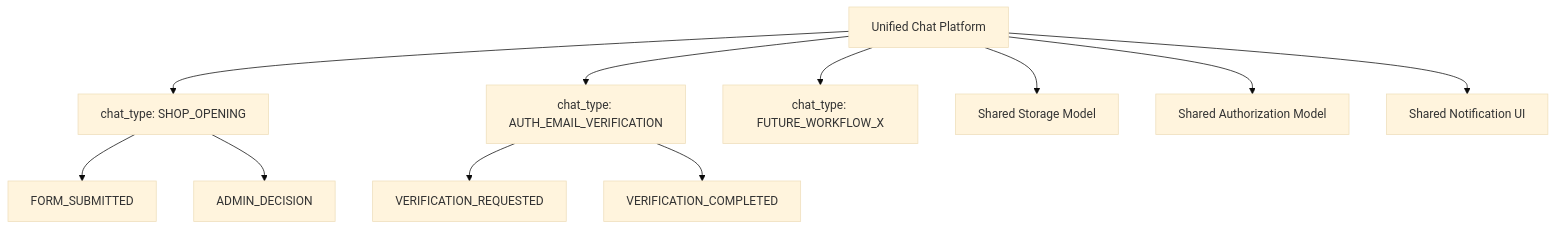
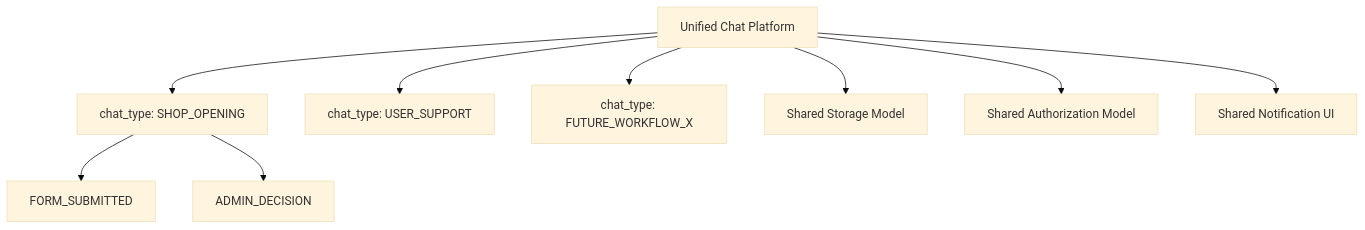
Before and after one commit to yudaiito9124-cyber/meishigawarini: the first of 4 diagrams in documents/SPEC_UNIFIED_CHAT_PLAYBOOK.md, drawn with Mermaid (base theme). The commit also changed other lines of this file and 19 other files, not shown here.

````diff
--- a/documents/SPEC_UNIFIED_CHAT_PLAYBOOK.md
+++ b/documents/SPEC_UNIFIED_CHAT_PLAYBOOK.md
@@ -18,16 +18,13 @@
 ```mermaid
 flowchart TD
       A[Unified Chat Platform] --> B[chat_type: SHOP_OPENING]
-      A --> C[chat_type: AUTH_EMAIL_VERIFICATION]
+      A --> H[chat_type: USER_SUPPORT]
       A --> D[chat_type: FUTURE_WORKFLOW_X]
 
       B --> B1[FORM_SUBMITTED]
       B --> B2[ADMIN_DECISION]
 
-      C --> C1[VERIFICATION_REQUESTED]
-      C --> C2[VERIFICATION_COMPLETED]
-
       A --> E[Shared Storage Model]
       A --> F[Shared Authorization Model]
       A --> G[Shared Notification UI]
 ```
````
